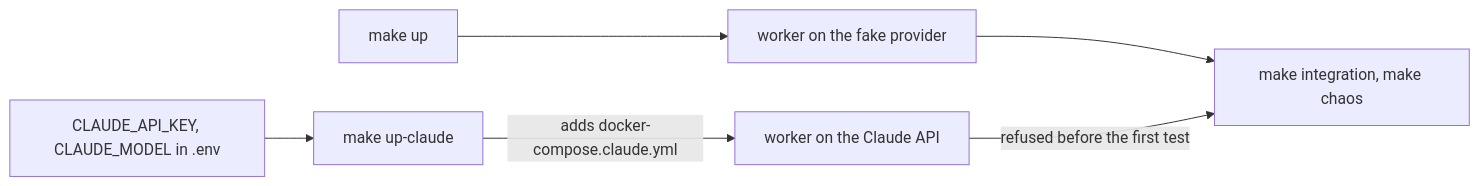
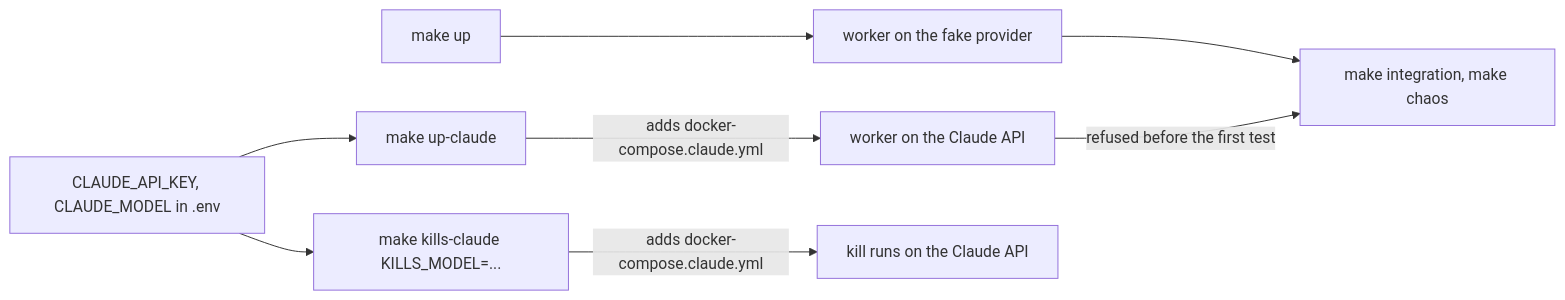
One commit to sindredg/agent-runtime changed the second of 2 diagrams in docs/settings.md. Above: the diagram before and after it, drawn with Mermaid. The commit also changed other lines of this file and 15 other files, not shown here.

First line of the commit message:
test: run kill tests that a real model can pass

````diff
--- a/docs/settings.md
+++ b/docs/settings.md
@@ -30,8 +30,10 @@
 ```mermaid
 flowchart LR
     U[make up] --> F[worker on the fake provider]
     C[make up-claude] -->|adds docker-compose.claude.yml| A[worker on the Claude API]
     K[CLAUDE_API_KEY, CLAUDE_MODEL in .env] --> C
     F --> T[make integration, make chaos]
     A -->|refused before the first test| T
+    KC[make kills-claude KILLS_MODEL=...] -->|adds docker-compose.claude.yml| KA[kill runs on the Claude API]
+    K --> KC
 ```
````
